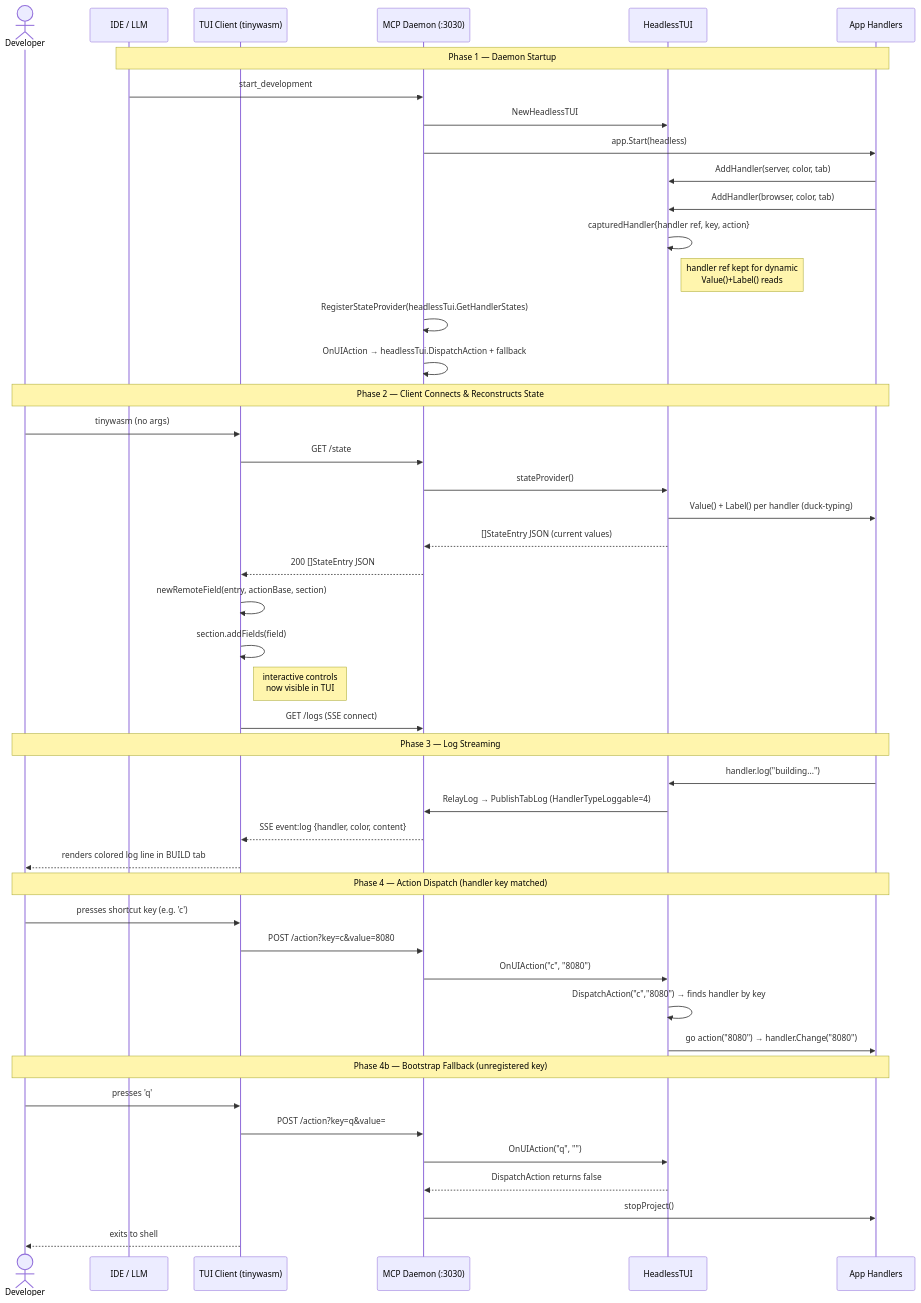
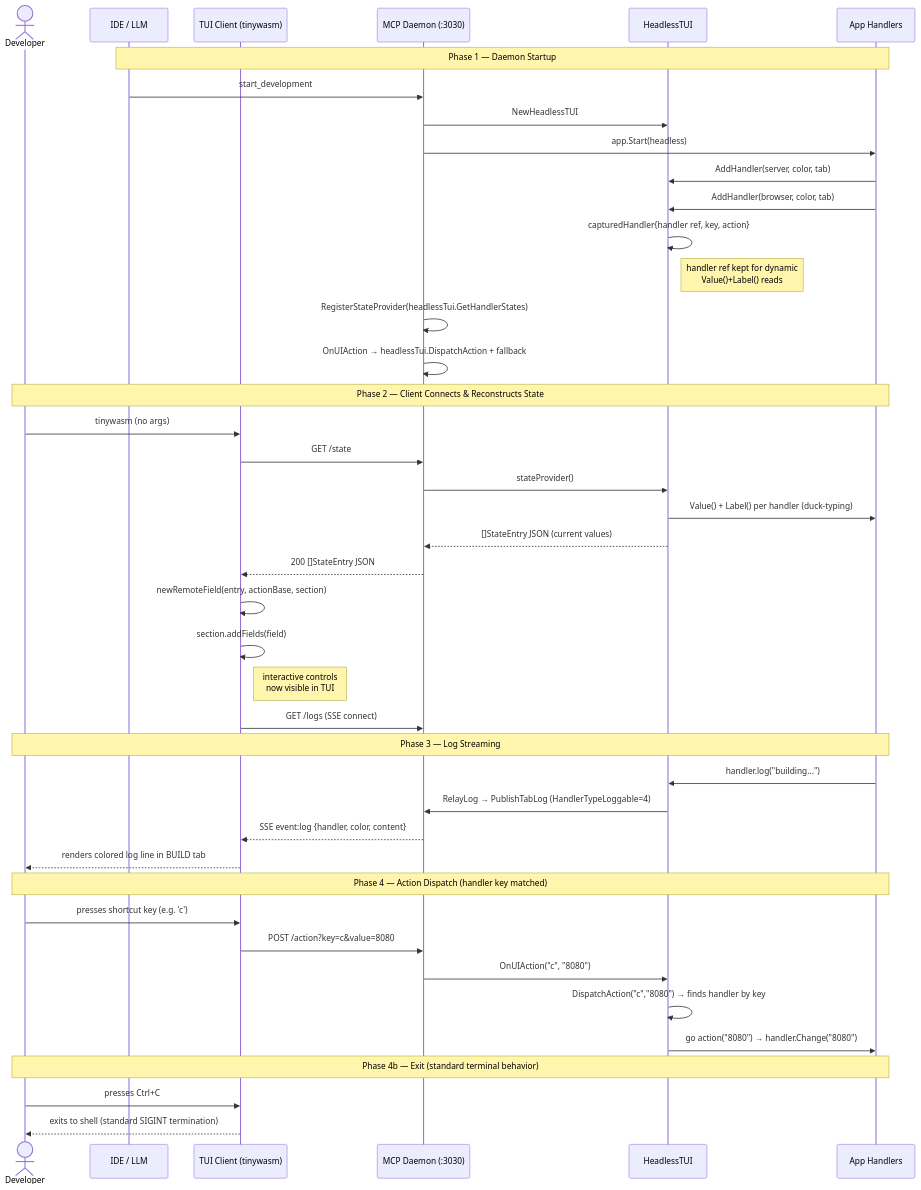
Before and after one commit to zongruxie4/godev: the diagram in docs/diagrams/MCP_REFACTOR_FLOW.md, drawn with Mermaid. The commit also changed 27 other files, not shown here.

````diff
--- a/docs/diagrams/MCP_REFACTOR_FLOW.md
+++ b/docs/diagrams/MCP_REFACTOR_FLOW.md
@@ -3,53 +3,49 @@
 ```mermaid
 sequenceDiagram
     actor Dev as Developer
     participant IDE as IDE / LLM
     participant DevTUI as TUI Client (tinywasm)
     participant MCP as MCP Daemon (:3030)
     participant Headless as HeadlessTUI
     participant App as App Handlers
 
     Note over IDE,App: Phase 1 — Daemon Startup
     IDE->>MCP: start_development
     MCP->>Headless: NewHeadlessTUI
     MCP->>App: app.Start(headless)
     App->>Headless: AddHandler(server, color, tab)
     App->>Headless: AddHandler(browser, color, tab)
     Headless->>Headless: capturedHandler{handler ref, key, action}
     Note right of Headless: handler ref kept for dynamic<br/>Value()+Label() reads
     MCP->>MCP: RegisterStateProvider(headlessTui.GetHandlerStates)
     MCP->>MCP: OnUIAction → headlessTui.DispatchAction + fallback
 
     Note over Dev,App: Phase 2 — Client Connects & Reconstructs State
     Dev->>DevTUI: tinywasm (no args)
     DevTUI->>MCP: GET /state
     MCP->>Headless: stateProvider()
     Headless->>App: Value() + Label() per handler (duck-typing)
     Headless-->>MCP: []StateEntry JSON (current values)
     MCP-->>DevTUI: 200 []StateEntry JSON
     DevTUI->>DevTUI: newRemoteField(entry, actionBase, section)
     DevTUI->>DevTUI: section.addFields(field)
     Note right of DevTUI: interactive controls<br/>now visible in TUI
     DevTUI->>MCP: GET /logs (SSE connect)
 
     Note over Dev,App: Phase 3 — Log Streaming
     App->>Headless: handler.log("building...")
     Headless->>MCP: RelayLog → PublishTabLog (HandlerTypeLoggable=4)
     MCP-->>DevTUI: SSE event:log {handler, color, content}
     DevTUI-->>Dev: renders colored log line in BUILD tab
 
     Note over Dev,App: Phase 4 — Action Dispatch (handler key matched)
     Dev->>DevTUI: presses shortcut key (e.g. 'c')
     DevTUI->>MCP: POST /action?key=c&value=8080
     MCP->>Headless: OnUIAction("c", "8080")
     Headless->>Headless: DispatchAction("c","8080") → finds handler by key
     Headless->>App: go action("8080") → handler.Change("8080")
 
-    Note over Dev,App: Phase 4b — Bootstrap Fallback (unregistered key)
-    Dev->>DevTUI: presses 'q'
-    DevTUI->>MCP: POST /action?key=q&value=
-    MCP->>Headless: OnUIAction("q", "")
-    Headless-->>MCP: DispatchAction returns false
-    MCP->>App: stopProject()
-    DevTUI-->>Dev: exits to shell
+    Note over Dev,App: Phase 4b — Exit (standard terminal behavior)
+    Dev->>DevTUI: presses Ctrl+C
+    DevTUI-->>Dev: exits to shell (standard SIGINT termination)
 ```
````
